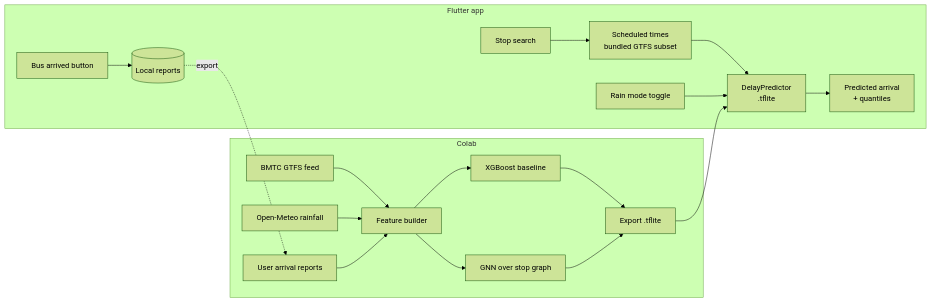
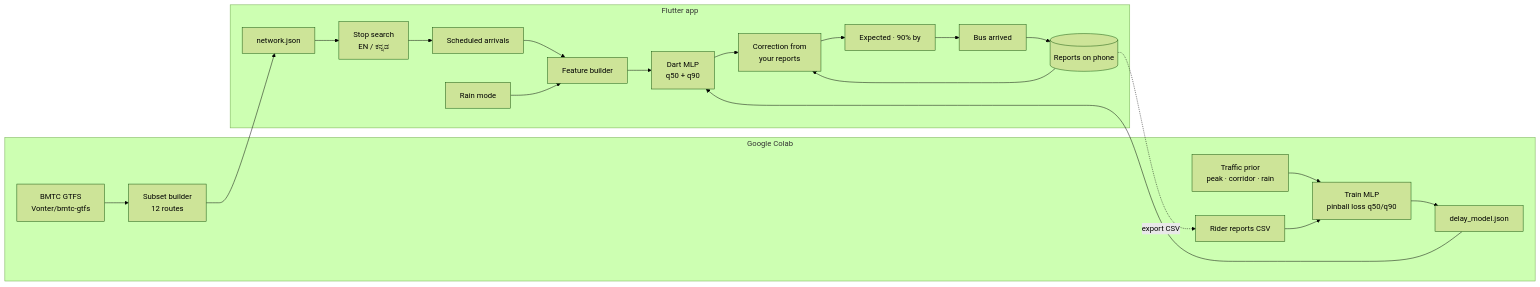
One commit to chiragparamesh/bmtc_predictor changed the diagram in README.md. Above: the diagram before and after it, drawn with Mermaid (forest theme). The commit also changed other lines of this file and 108 other files, not shown here.

First line of the commit message:
Build BMTC Delay Predictor phase 1

````diff
--- a/README.md
+++ b/README.md
@@ -33,21 +38,23 @@
 ```mermaid
 flowchart LR
-    subgraph Colab
-        G[BMTC GTFS feed] --> F[Feature builder]
-        W[Open-Meteo rainfall] --> F
-        R[User arrival reports] --> F
-        F --> X[XGBoost baseline]
-        F --> N[GNN over stop graph]
-        X --> E[Export .tflite]
-        N --> E
+    subgraph Colab[Google Colab]
+        G[BMTC GTFS<br/>Vonter/bmtc-gtfs] --> S[Subset builder<br/>12 routes]
+        P[Traffic prior<br/>peak · corridor · rain] --> T[Train MLP<br/>pinball loss q50/q90]
+        R[Rider reports CSV] --> T
+        T --> M[delay_model.json]
     end
     subgraph App[Flutter app]
-        S[Stop search] --> T[Scheduled times<br/>bundled GTFS subset]
-        T --> P[DelayPredictor<br/>.tflite]
-        M[Rain mode toggle] --> P
-        P --> U[Predicted arrival<br/>+ quantiles]
-        B[Bus arrived button] --> L[(Local reports)]
+        N[network.json] --> A[Stop search<br/>EN / ಕನ್ನಡ]
+        A --> B[Scheduled arrivals]
+        B --> F[Feature builder]
+        W[Rain mode] --> F
+        F --> D[Dart MLP<br/>q50 + q90]
+        D --> C[Correction from<br/>your reports]
+        C --> U[Expected · 90% by]
+        U --> X[Bus arrived] --> L[(Reports on phone)]
+        L --> C
     end
-    E --> P
-    L -. export .-> R
+    S --> N
+    M --> D
+    L -. export CSV .-> R
 ```
````
